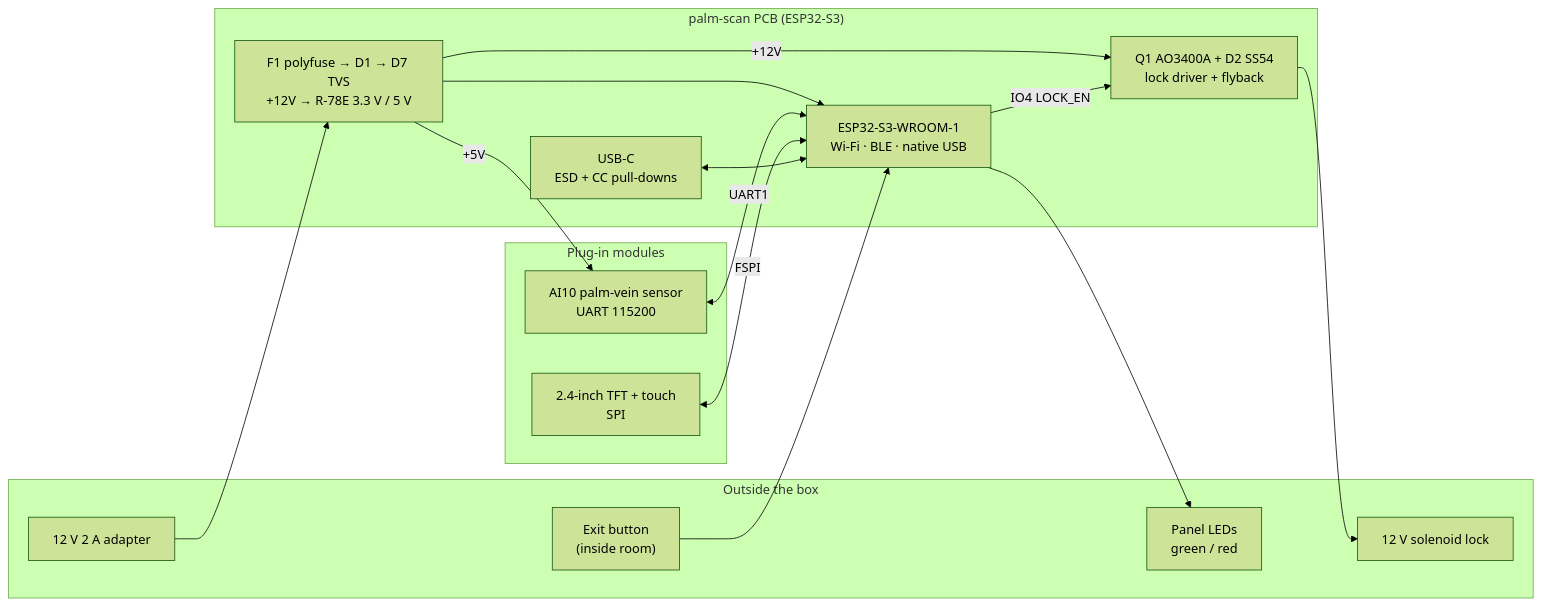
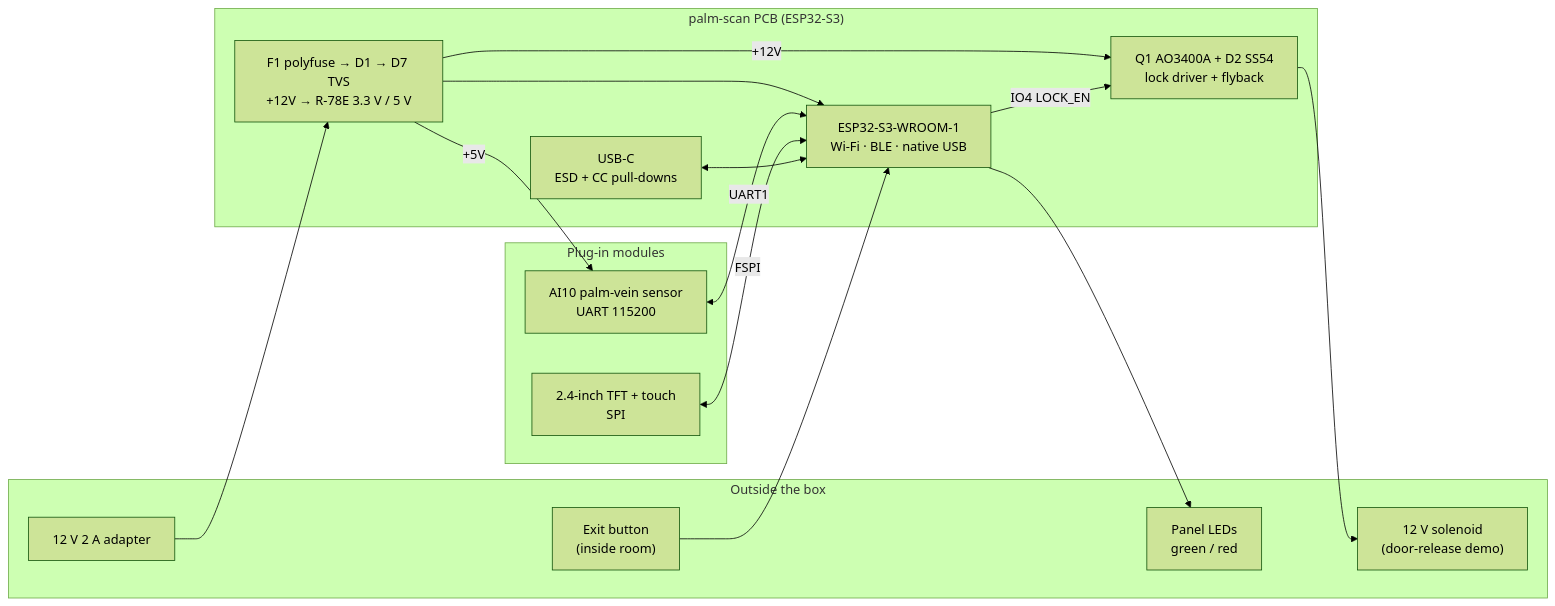
The diagram in README.md (coolvnod/palm-scan), drawn with Mermaid (forest theme) before and after one commit. The commit also changed other lines of this file, not shown here.

First line of the commit message:
README: frame as palm-vein scanning platform, door release is a demo app

````diff
--- a/README.md
+++ b/README.md
@@ -52,31 +52,31 @@
 ```mermaid
 flowchart LR
     subgraph Field["Outside the box"]
         ADP["12 V 2 A adapter"]
-        LOCK["12 V solenoid lock"]
+        LOCK["12 V solenoid<br/>(door-release demo)"]
         EXIT["Exit button<br/>(inside room)"]
         PANEL["Panel LEDs<br/>green / red"]
     end
 
     subgraph PCB["palm-scan PCB (ESP32-S3)"]
         PWR["F1 polyfuse → D1 → D7 TVS<br/>+12V → R-78E 3.3 V / 5 V"]
         MCU["ESP32-S3-WROOM-1<br/>Wi-Fi · BLE · native USB"]
         DRV["Q1 AO3400A + D2 SS54<br/>lock driver + flyback"]
         USB["USB-C<br/>ESD + CC pull-downs"]
     end
 
     subgraph Modules["Plug-in modules"]
         AI10["AI10 palm-vein sensor<br/>UART 115200"]
         TFT["2.4-inch TFT + touch<br/>SPI"]
     end
 
     ADP --> PWR --> MCU
     PWR -- "+5V" --> AI10
     PWR -- "+12V" --> DRV --> LOCK
     AI10 <-- "UART1" --> MCU
     TFT <-- "FSPI" --> MCU
     MCU -- "IO4 LOCK_EN" --> DRV
     EXIT --> MCU
     MCU --> PANEL
     USB <--> MCU
 ```
````
